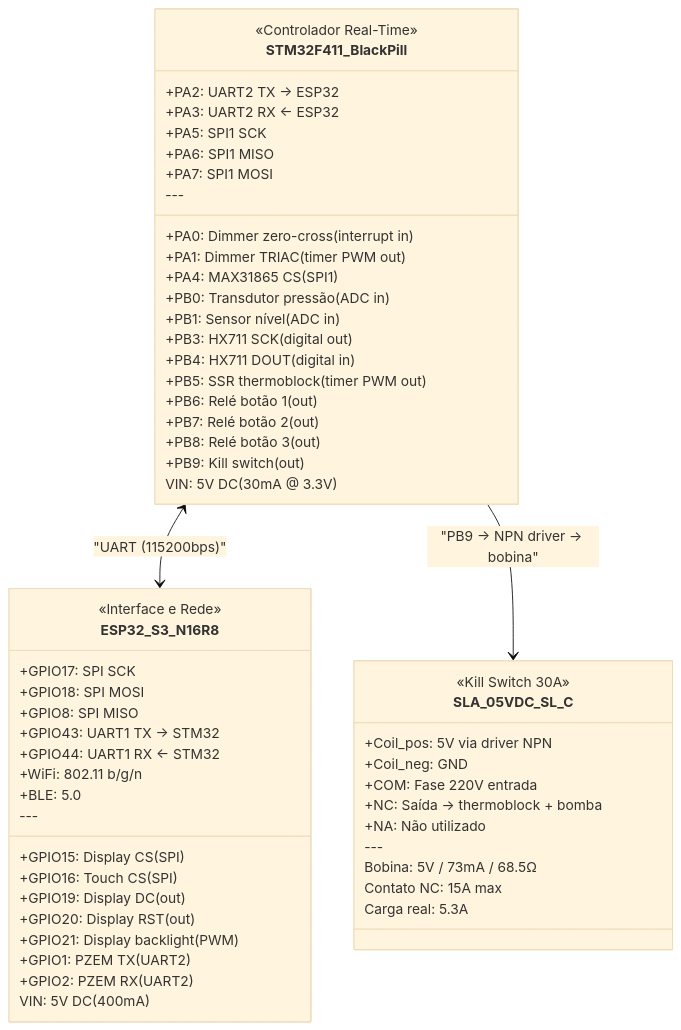
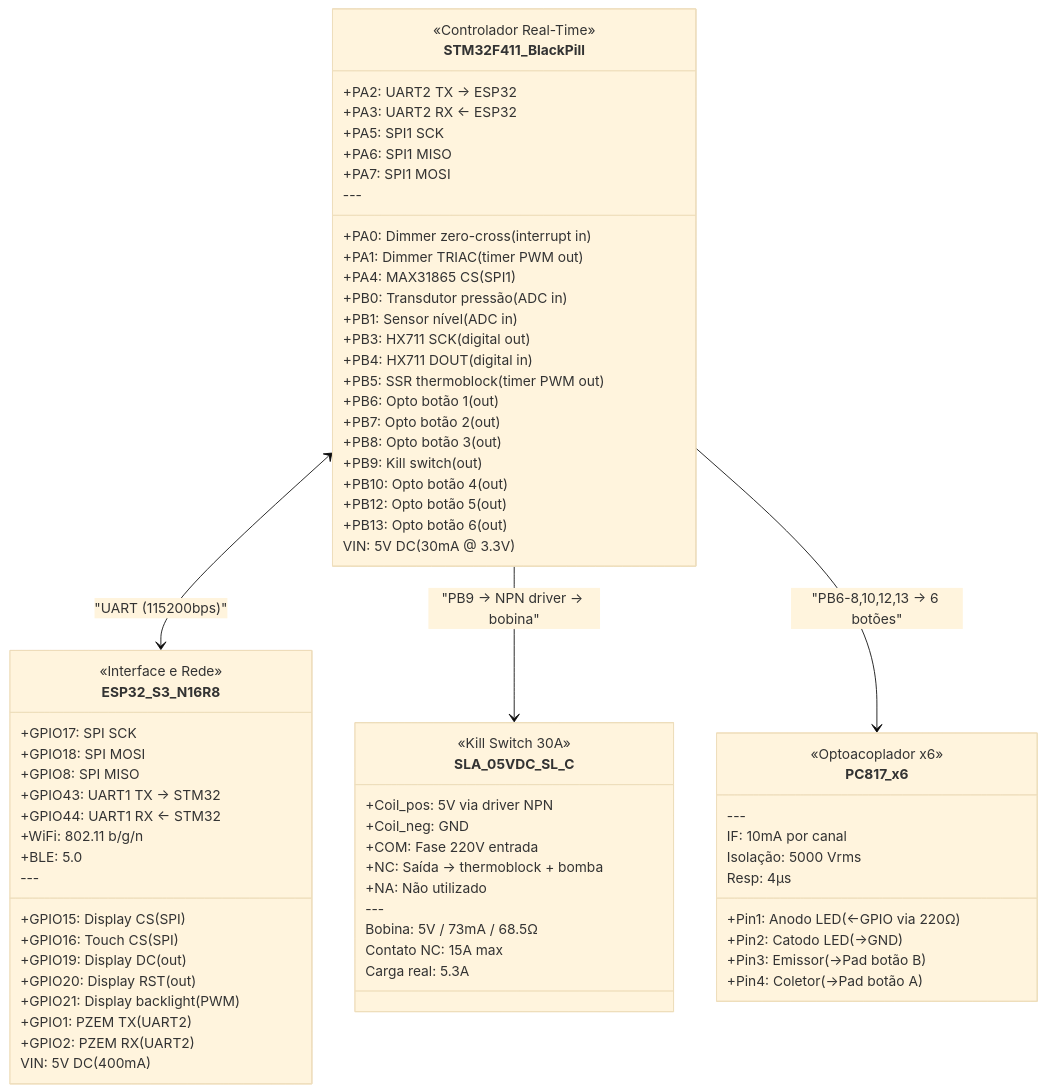
The first of 7 diagrams in docs/COMPONENTES.md (SamuelMoraesF/iot-oster-prima-latte2), drawn with Mermaid (base theme) before and after one commit. The commit also changed other lines of this file, not shown here.

First line of the commit message:
Adiciona 6x PC817 optoacoplador no COMPONENTES.md

````diff
--- a/docs/COMPONENTES.md
+++ b/docs/COMPONENTES.md
@@ -7,61 +7,77 @@
 ```mermaid
 classDiagram
     class STM32F411_BlackPill {
         <<Controlador Real-Time>>
         +PA0: Dimmer zero-cross (interrupt in)
         +PA1: Dimmer TRIAC (timer PWM out)
         +PA2: UART2 TX → ESP32
         +PA3: UART2 RX ← ESP32
         +PA4: MAX31865 CS (SPI1)
         +PA5: SPI1 SCK
         +PA6: SPI1 MISO
         +PA7: SPI1 MOSI
         +PB0: Transdutor pressão (ADC in)
         +PB1: Sensor nível (ADC in)
         +PB3: HX711 SCK (digital out)
         +PB4: HX711 DOUT (digital in)
         +PB5: SSR thermoblock (timer PWM out)
-        +PB6: Relé botão 1 (out)
-        +PB7: Relé botão 2 (out)
-        +PB8: Relé botão 3 (out)
+        +PB6: Opto botão 1 (out)
+        +PB7: Opto botão 2 (out)
+        +PB8: Opto botão 3 (out)
         +PB9: Kill switch (out)
+        +PB10: Opto botão 4 (out)
+        +PB12: Opto botão 5 (out)
+        +PB13: Opto botão 6 (out)
         ---
         VIN: 5V DC (30mA @ 3.3V)
     }
 
     class ESP32_S3_N16R8 {
         <<Interface e Rede>>
         +GPIO15: Display CS (SPI)
         +GPIO16: Touch CS (SPI)
         +GPIO17: SPI SCK
         +GPIO18: SPI MOSI
         +GPIO8: SPI MISO
         +GPIO19: Display DC (out)
         +GPIO20: Display RST (out)
         +GPIO21: Display backlight (PWM)
         +GPIO43: UART1 TX → STM32
         +GPIO44: UART1 RX ← STM32
         +GPIO1: PZEM TX (UART2)
         +GPIO2: PZEM RX (UART2)
         +WiFi: 802.11 b/g/n
         +BLE: 5.0
         ---
         VIN: 5V DC (400mA)
     }
 
     class SLA_05VDC_SL_C {
         <<Kill Switch 30A>>
         +Coil_pos: 5V via driver NPN
         +Coil_neg: GND
         +COM: Fase 220V entrada
         +NC: Saída → thermoblock + bomba
         +NA: Não utilizado
         ---
         Bobina: 5V / 73mA / 68.5Ω
         Contato NC: 15A max
         Carga real: 5.3A
     }
 
     STM32F411_BlackPill <--> ESP32_S3_N16R8 : "UART (115200bps)"
+    class PC817_x6 {
+        <<Optoacoplador x6>>
+        +Pin1: Anodo LED (←GPIO via 220Ω)
+        +Pin2: Catodo LED (→GND)
+        +Pin3: Emissor (→Pad botão B)
+        +Pin4: Coletor (→Pad botão A)
+        ---
+        IF: 10mA por canal
+        Isolação: 5000 Vrms
+        Resp: 4µs
+    }
+
     STM32F411_BlackPill --> SLA_05VDC_SL_C : "PB9 → NPN driver → bobina"
+    STM32F411_BlackPill --> PC817_x6 : "PB6-8,10,12,13 → 6 botões"
 ```
````
